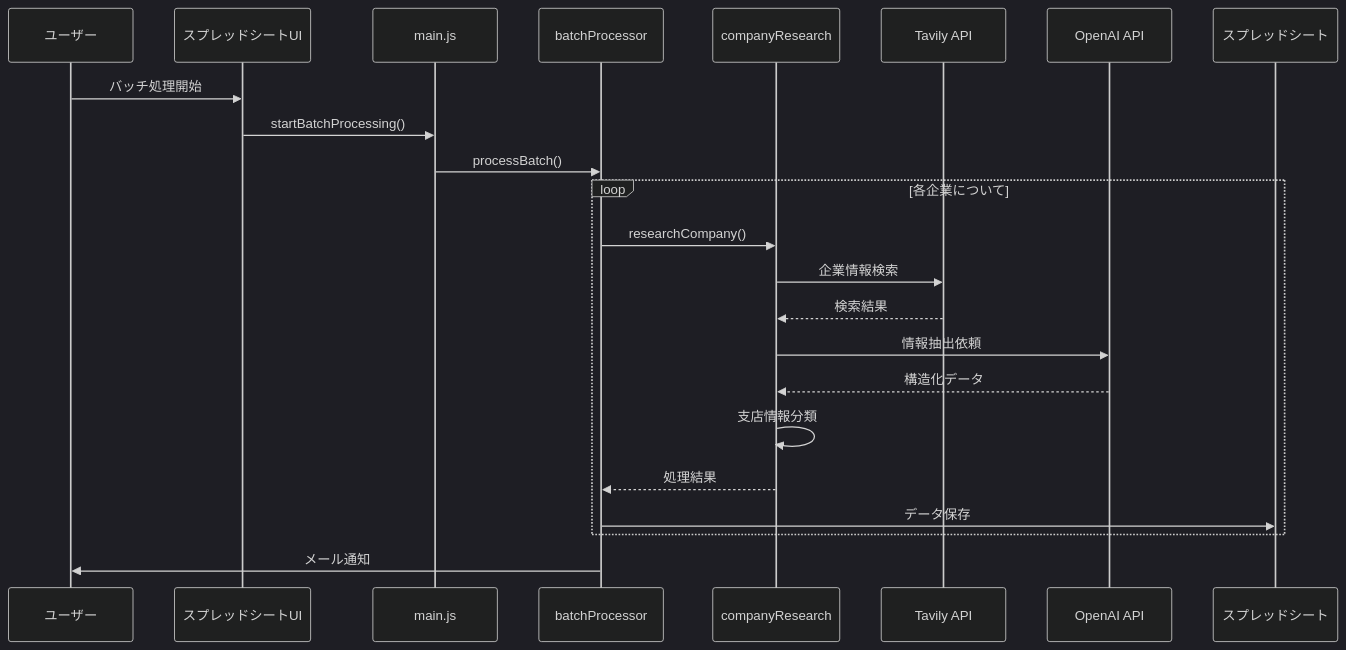
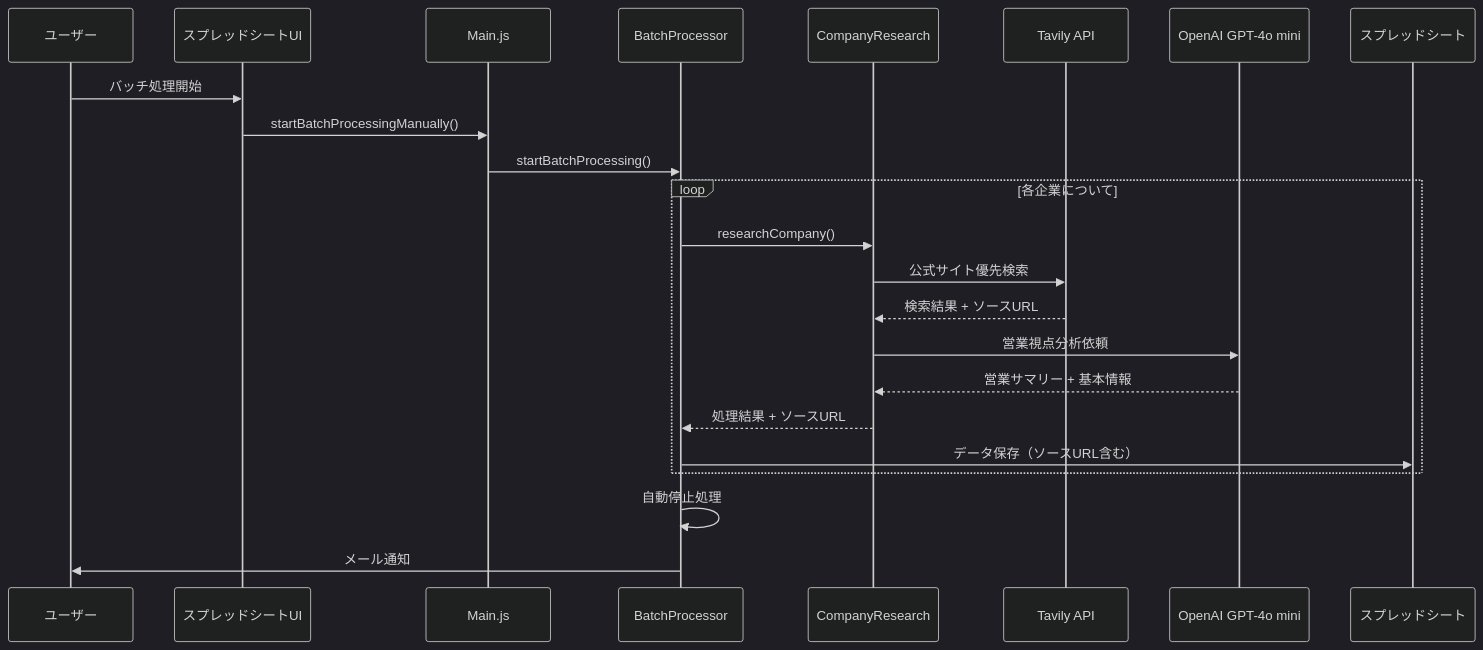
Before and after one commit to nyuki0821/corporate-research: the third of 3 diagrams in README.md, drawn with Mermaid (dark theme). The commit also changed other lines of this file, not shown here.

````diff
--- a/README.md
+++ b/README.md
@@ -366,28 +305,28 @@
 ```mermaid
 sequenceDiagram
     participant User as ユーザー
     participant UI as スプレッドシートUI
-    participant Main as main.js
-    participant Batch as batchProcessor
-    participant Research as companyResearch
+    participant Main as Main.js
+    participant Batch as BatchProcessor
+    participant Research as CompanyResearch
     participant Tavily as Tavily API
-    participant OpenAI as OpenAI API
+    participant OpenAI as OpenAI GPT-4o mini
     participant Sheet as スプレッドシート
     
     User->>UI: バッチ処理開始
-    UI->>Main: startBatchProcessing()
-    Main->>Batch: processBatch()
+    UI->>Main: startBatchProcessingManually()
+    Main->>Batch: startBatchProcessing()
     
     loop 各企業について
         Batch->>Research: researchCompany()
-        Research->>Tavily: 企業情報検索
-        Tavily-->>Research: 検索結果
-        Research->>OpenAI: 情報抽出依頼
-        OpenAI-->>Research: 構造化データ
-        Research->>Research: 支店情報分類
-        Research-->>Batch: 処理結果
-        Batch->>Sheet: データ保存
+        Research->>Tavily: 公式サイト優先検索
+        Tavily-->>Research: 検索結果 + ソースURL
+        Research->>OpenAI: 営業視点分析依頼
+        OpenAI-->>Research: 営業サマリー + 基本情報
+        Research-->>Batch: 処理結果 + ソースURL
+        Batch->>Sheet: データ保存（ソースURL含む）
     end
     
+    Batch->>Batch: 自動停止処理
     Batch->>User: メール通知
 ```
````
